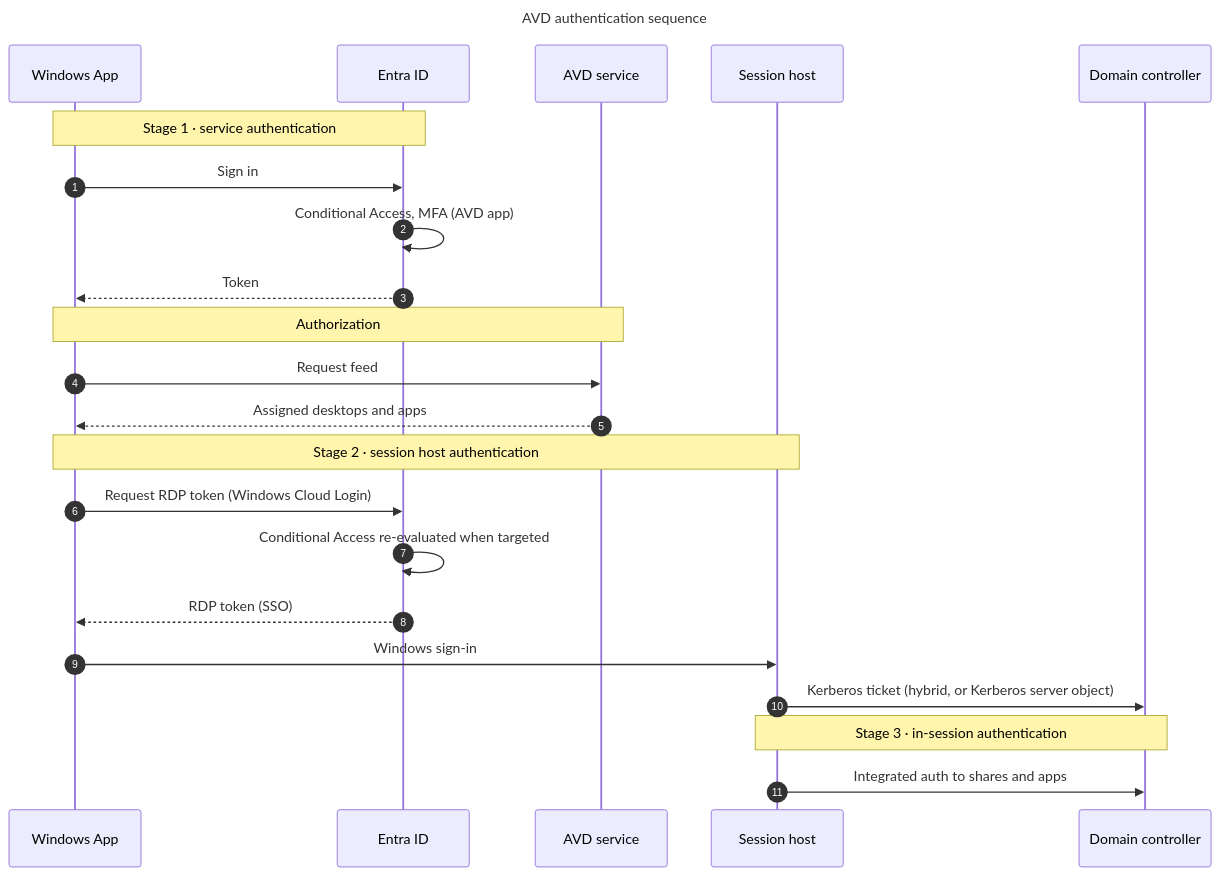
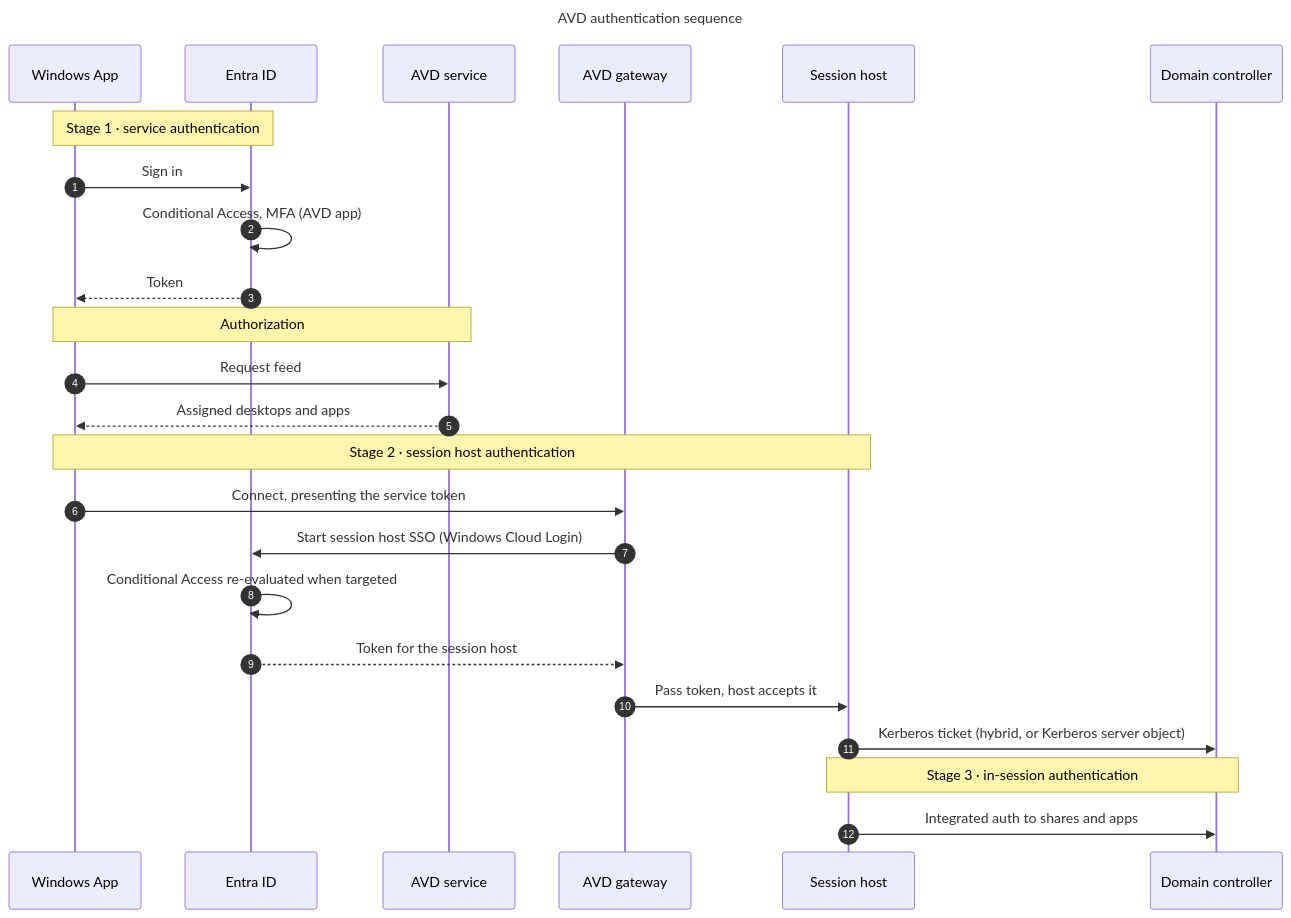
Before and after one commit to AddySidd27/azure-virtual-desktop-architect: the diagram in diagrams/ch08-authentication-sequence.mermaid, drawn with Mermaid. The commit also changed 50 other files, not shown here.

```diff
--- a/diagrams/ch08-authentication-sequence.mermaid
+++ b/diagrams/ch08-authentication-sequence.mermaid
@@ -1,29 +1,31 @@
 ---
 title: AVD authentication sequence
 ---
 sequenceDiagram
     autonumber
     participant U as Windows App
     participant E as Entra ID
     participant S as AVD service
+    participant G as AVD gateway
     participant H as Session host
     participant K as Domain controller
 
     Note over U,E: Stage 1 · service authentication
     U->>E: Sign in
     E->>E: Conditional Access, MFA (AVD app)
     E-->>U: Token
 
     Note over U,S: Authorization
     U->>S: Request feed
     S-->>U: Assigned desktops and apps
 
     Note over U,H: Stage 2 · session host authentication
-    U->>E: Request RDP token (Windows Cloud Login)
+    U->>G: Connect, presenting the service token
+    G->>E: Start session host SSO (Windows Cloud Login)
     E->>E: Conditional Access re-evaluated when targeted
-    E-->>U: RDP token (SSO)
-    U->>H: Windows sign-in
+    E-->>G: Token for the session host
+    G->>H: Pass token, host accepts it
     H->>K: Kerberos ticket (hybrid, or Kerberos server object)
 
     Note over H,K: Stage 3 · in-session authentication
     H->>K: Integrated auth to shares and apps
```
